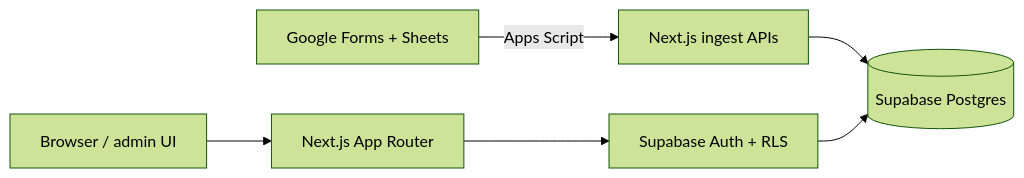
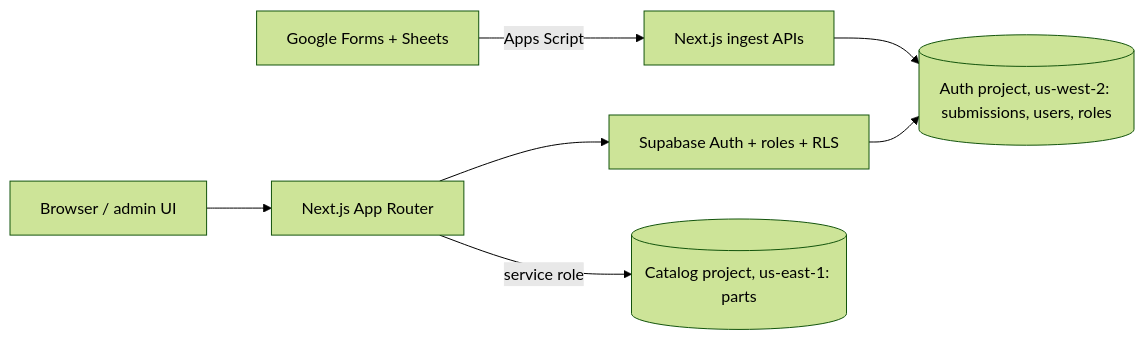
The first of 2 diagrams in README.md (ar1shah/PartSync), drawn with Mermaid (forest theme) before and after one commit. The commit also changed other lines of this file, not shown here.

First line of the commit message:
docs: update README for user roles and the two-project split

````diff
--- a/README.md
+++ b/README.md
@@ -66,8 +68,9 @@
 ```mermaid
 flowchart LR
   Forms["Google Forms + Sheets"] -->|Apps Script| Ingest["Next.js ingest APIs"]
   Browser["Browser / admin UI"] --> App["Next.js App Router"]
-  Ingest --> DB[("Supabase Postgres")]
-  App --> Auth["Supabase Auth + RLS"]
-  Auth --> DB
+  App --> Auth["Supabase Auth + roles + RLS"]
+  Ingest --> AuthDB[("Auth project, us-west-2: submissions, users, roles")]
+  Auth --> AuthDB
+  App -->|service role| InvDB[("Catalog project, us-east-1: parts")]
 ```
````
